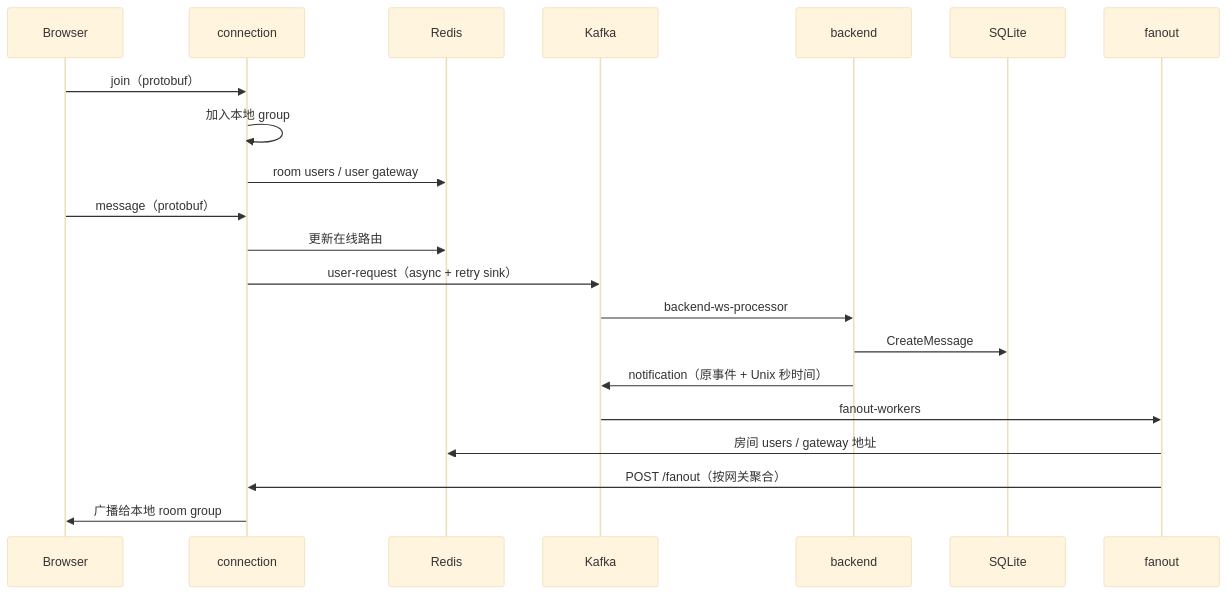
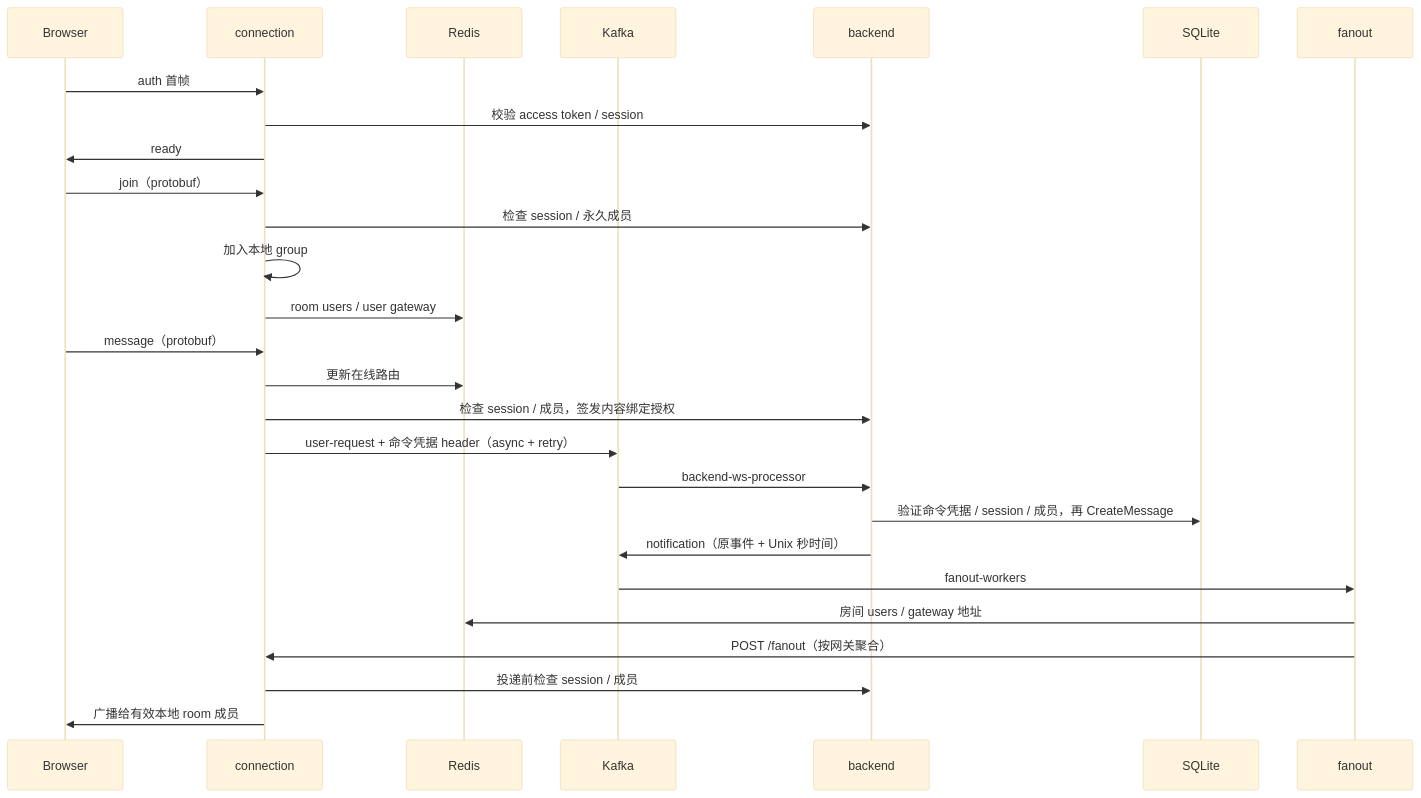
Before and after one commit to yuhanzhagn/chords: the diagram in docs/architecture.md, drawn with Mermaid (base theme). The commit also changed other lines of this file and 112 other files, not shown here.

Commit message:
fix: enforce session, room ownership and internal fanout authorization

````diff
--- a/docs/architecture.md
+++ b/docs/architecture.md
@@ -17,23 +17,29 @@
 ```mermaid
 sequenceDiagram
     participant U as Browser
     participant C as connection
     participant R as Redis
     participant K as Kafka
     participant B as backend
     participant D as SQLite
     participant F as fanout
+    U->>C: auth 首帧
+    C->>B: 校验 access token / session
+    C->>U: ready
     U->>C: join（protobuf）
+    C->>B: 检查 session / 永久成员
     C->>C: 加入本地 group
     C->>R: room users / user gateway
     U->>C: message（protobuf）
     C->>R: 更新在线路由
-    C->>K: user-request（async + retry sink）
+    C->>B: 检查 session / 成员，签发内容绑定授权
+    C->>K: user-request + 命令凭据 header（async + retry）
     K->>B: backend-ws-processor
-    B->>D: CreateMessage
+    B->>D: 验证命令凭据 / session / 成员，再 CreateMessage
     B->>K: notification（原事件 + Unix 秒时间）
     K->>F: fanout-workers
     F->>R: 房间 users / gateway 地址
     F->>C: POST /fanout（按网关聚合）
-    C->>U: 广播给本地 room group
+    C->>B: 投递前检查 session / 成员
+    C->>U: 广播给有效本地 room 成员
 ```
````
